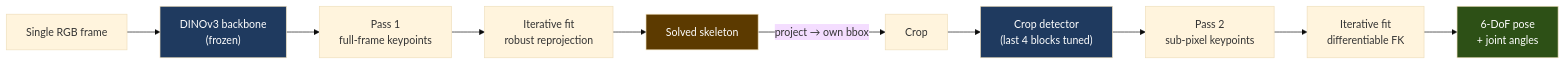
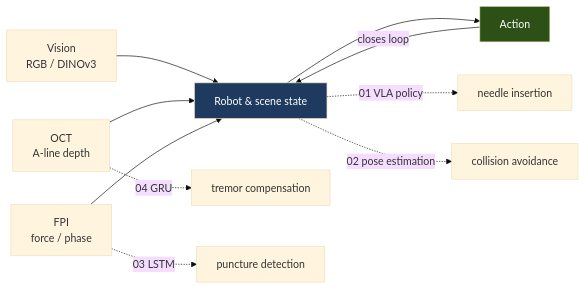
One commit to Najongs/Najongs changed the first of 6 diagrams in PORTFOLIO.md. Above: the diagram before and after it, drawn with Mermaid (base theme). The commit also changed other lines of this file and 2 other files, not shown here.

````diff
--- a/PORTFOLIO.md
+++ b/PORTFOLIO.md
@@ -25,17 +27,16 @@
 ```mermaid
 flowchart LR
-    IMG["Single RGB frame"] --> BB["DINOv3 backbone<br/>(frozen)"]
-    BB --> P1["Pass 1<br/>full-frame keypoints"]
-    P1 --> FIT1["Iterative fit<br/>robust reprojection"]
-    FIT1 --> SK["Solved skeleton"]
-    SK -->|"project → own bbox"| CROP["Crop"]
-    CROP --> BB2["Crop detector<br/>(last 4 blocks tuned)"]
-    BB2 --> P2["Pass 2<br/>sub-pixel keypoints"]
-    P2 --> FIT2["Iterative fit<br/>differentiable FK"]
-    FIT2 --> OUT["6-DoF pose<br/>+ joint angles"]
+    V["Vision<br/>RGB / DINOv3"] --> P["Robot &amp; scene state"]
+    O["OCT<br/>A-line depth"] --> P
+    F["FPI<br/>force / phase"] --> P
+    P --> A["Action"]
+    A -->|closes loop| P
 
-    style BB fill:#1f3a5f,color:#fff
-    style BB2 fill:#1f3a5f,color:#fff
-    style OUT fill:#2d5016,color:#fff
-    style SK fill:#5c3a00,color:#fff
+    P -.->|"01 VLA policy"| N1["needle insertion"]
+    P -.->|"02 pose estimation"| N2["collision avoidance"]
+    O -.->|"04 GRU"| N4["tremor compensation"]
+    F -.->|"03 LSTM"| N3["puncture detection"]
+
+    style P fill:#1f3a5f,color:#fff
+    style A fill:#2d5016,color:#fff
 ```
````
